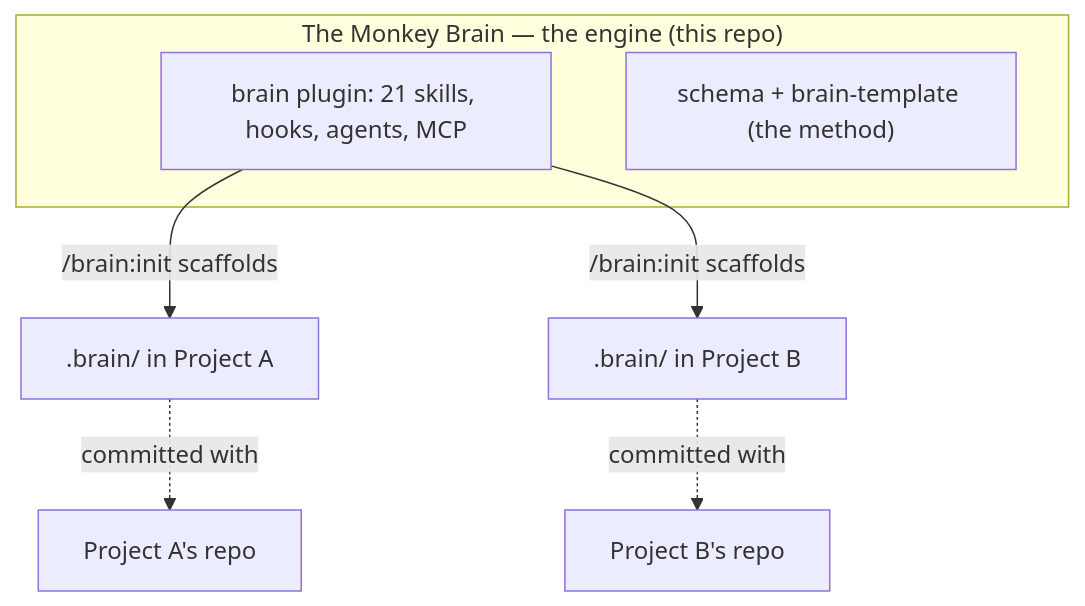
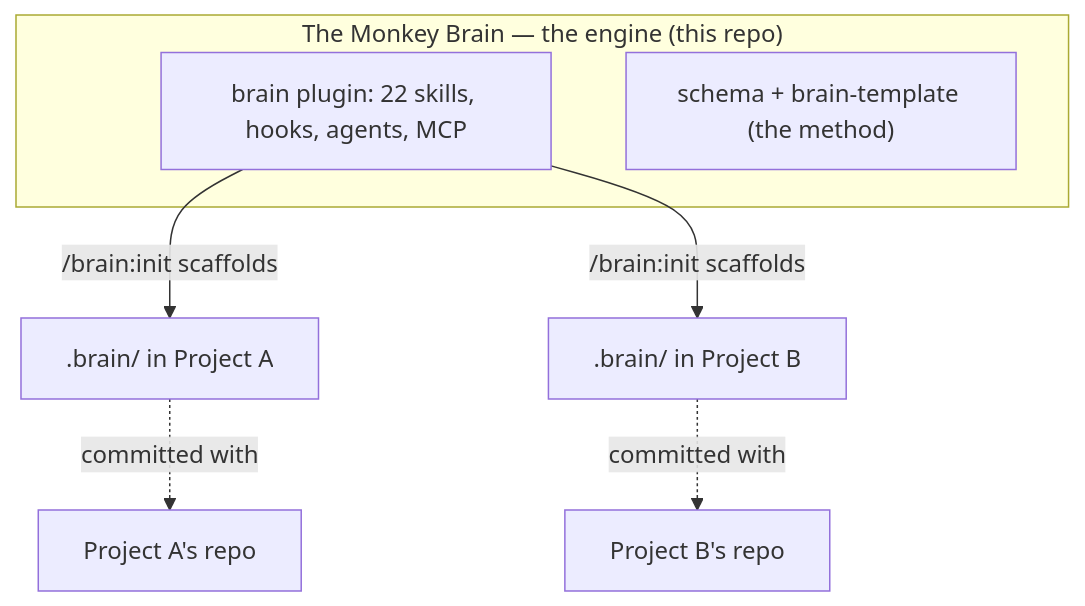
One commit to NeamulMorshed/The-Monkey-Brain changed the second of 2 diagrams in README.md. Above: the diagram before and after it, drawn with Mermaid. The commit also changed other lines of this file and 19 other files, not shown here.

````diff
--- a/README.md
+++ b/README.md
@@ -231,11 +233,11 @@
 ```mermaid
 flowchart TB
     subgraph Engine["The Monkey Brain — the engine (this repo)"]
-        P["brain plugin: 21 skills, hooks, agents, MCP"]
+        P["brain plugin: 22 skills, hooks, agents, MCP"]
         BT["schema + brain-template (the method)"]
     end
     P -->|/brain:init scaffolds| I1[".brain/ in Project A"]
     P -->|/brain:init scaffolds| I2[".brain/ in Project B"]
     I1 -.committed with.-> RA["Project A's repo"]
     I2 -.committed with.-> RB["Project B's repo"]
 ```
````
